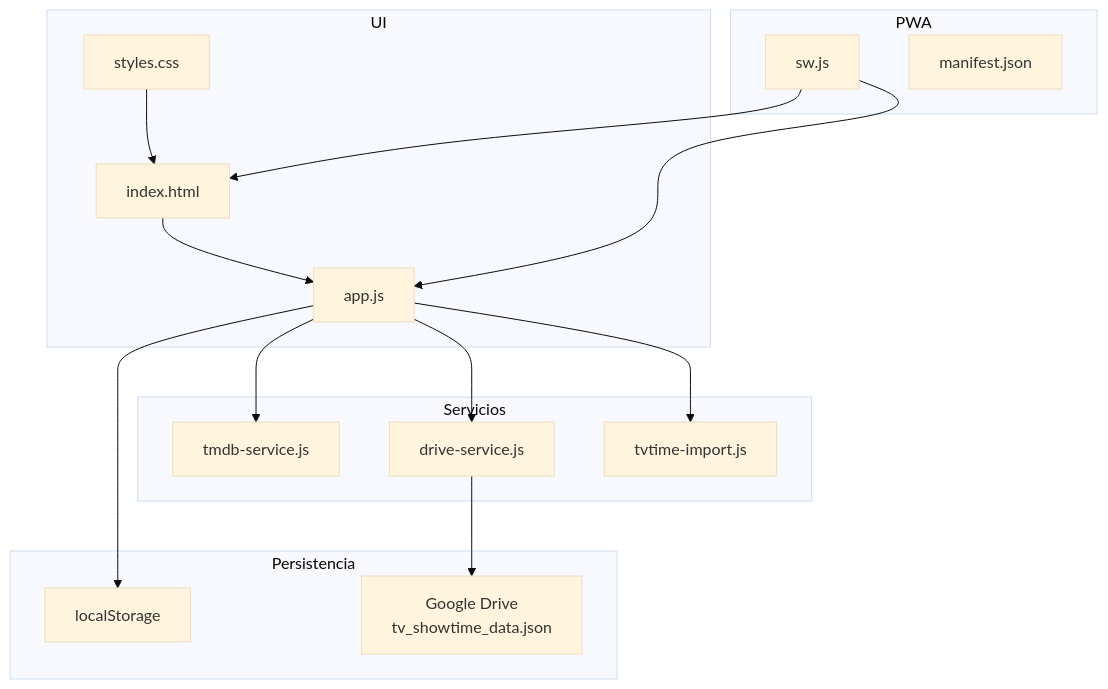
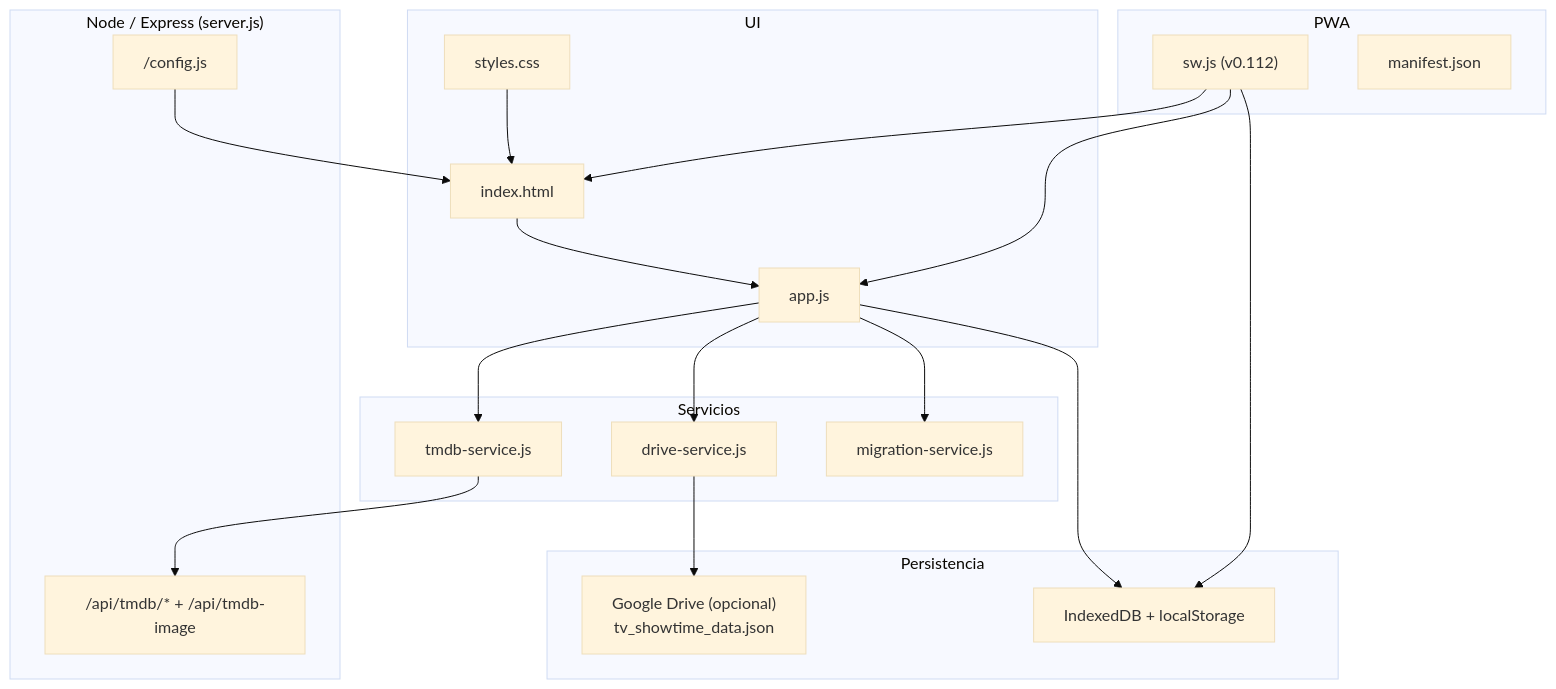
One commit to mruiz087/SeenIt changed the diagram in docs/README.md. Above: the diagram before and after it, drawn with Mermaid (base theme). The commit also changed other lines of this file and 23 other files, not shown here.

````diff
--- a/docs/README.md
+++ b/docs/README.md
@@ -31,30 +31,37 @@
 ```mermaid
 flowchart TB
   subgraph UI["UI"]
     HTML["index.html"]
     CSS["styles.css"]
     APP["app.js"]
   end
   subgraph Services["Servicios"]
     TMDB["tmdb-service.js"]
     DRIVE["drive-service.js"]
-    TVT["tvtime-import.js"]
+    MIG["migration-service.js"]
+  end
+  subgraph Server["Node / Express (server.js)"]
+    CFG["/config.js"]
+    PROXY["/api/tmdb/* + /api/tmdb-image"]
   end
   subgraph Persist["Persistencia"]
-    LS["localStorage"]
-    GD["Google Drive\ntv_showtime_data.json"]
+    IDB["IndexedDB + localStorage"]
+    GD["Google Drive (opcional)\ntv_showtime_data.json"]
   end
   subgraph PWA["PWA"]
-    SW["sw.js"]
+    SW["sw.js (v0.112)"]
     MF["manifest.json"]
   end
   HTML --> APP
   CSS --> HTML
   APP --> TMDB
   APP --> DRIVE
-  APP --> TVT
-  APP --> LS
+  APP --> MIG
+  TMDB --> PROXY
+  CFG --> HTML
+  APP --> IDB
   DRIVE --> GD
   SW --> HTML
   SW --> APP
+  SW --> IDB
 ```
````
